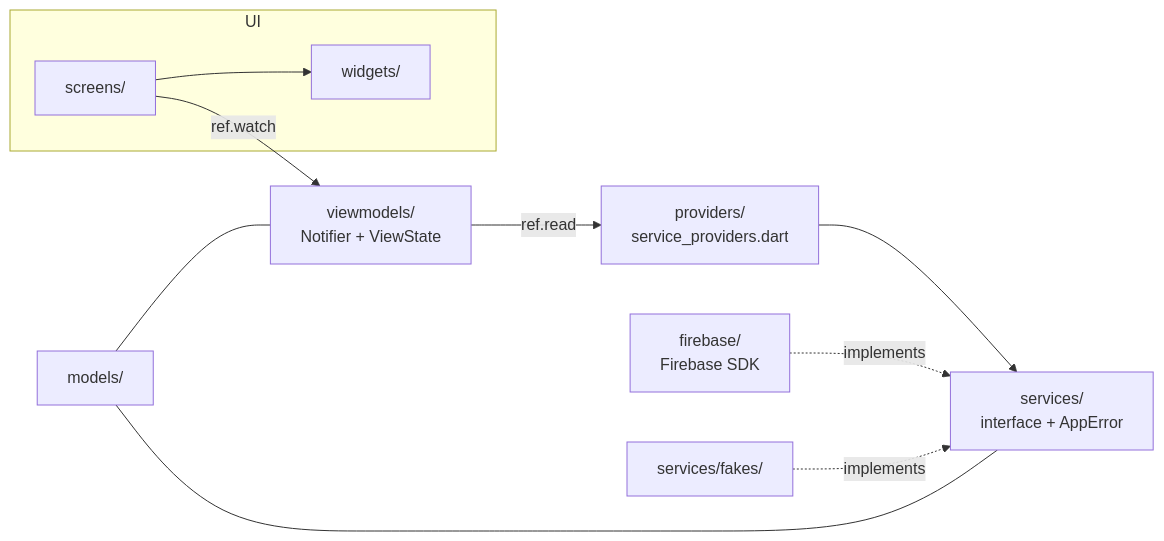
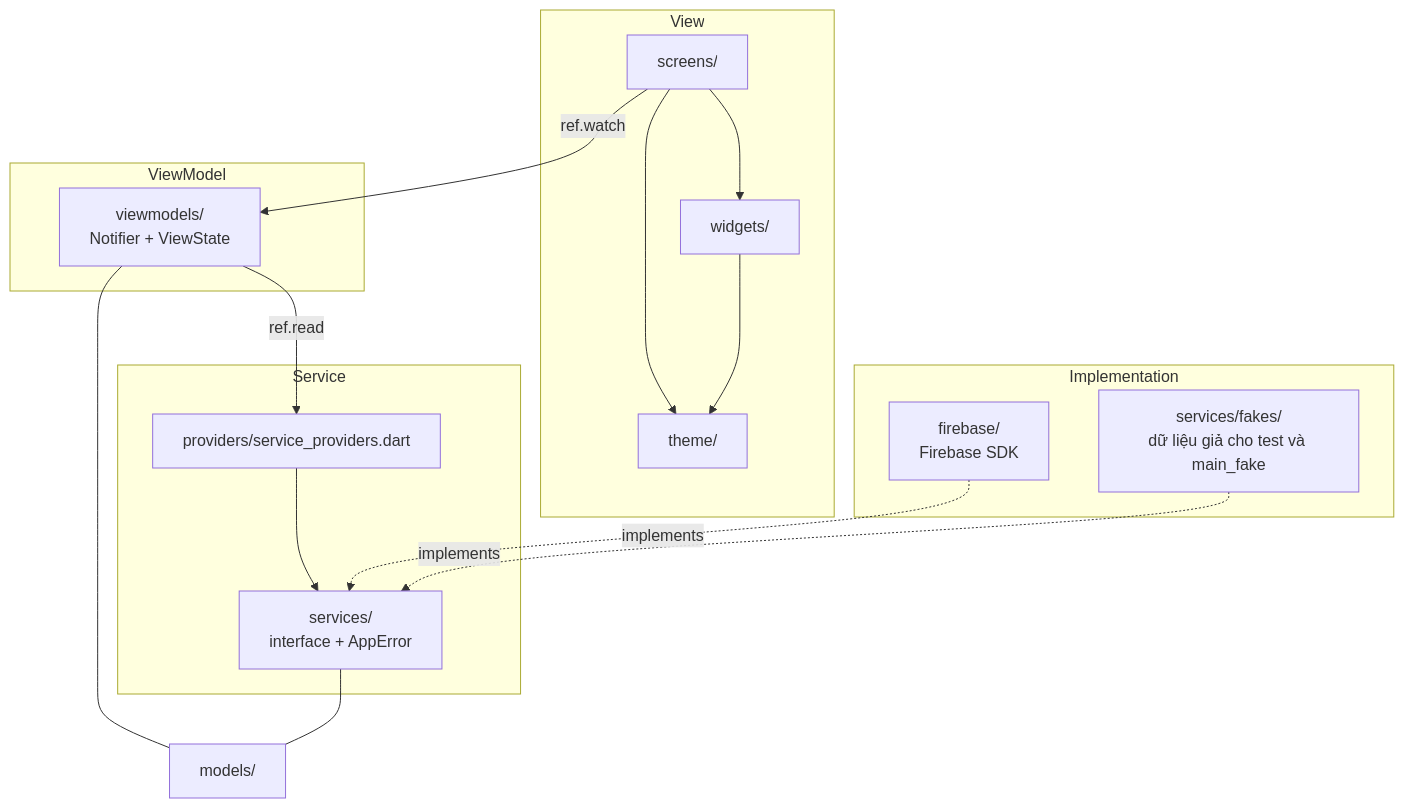
One commit to no-solace/prm-teamup-mobile changed the first of 2 diagrams in docs/architecture.md. Above: the diagram before and after it, drawn with Mermaid. The commit also changed other lines of this file and 7 other files, not shown here.

First line of the commit message:
docs: design traceability, analytics plan, architecture, test plan, code review

````diff
--- a/docs/architecture.md
+++ b/docs/architecture.md
@@ -9,13 +9,28 @@
 ```mermaid
-flowchart LR
-  subgraph UI
+flowchart TD
+  subgraph View
     S[screens/] --> W[widgets/]
+    S --> T[theme/]
+    W --> T
   end
-  S -->|ref.watch| VM[viewmodels/<br/>Notifier + ViewState]
-  VM -->|ref.read| P[providers/<br/>service_providers.dart]
-  P --> I[services/<br/>interface + AppError]
-  F[firebase/<br/>Firebase SDK] -. implements .-> I
-  K[services/fakes/] -. implements .-> I
-  M[models/] --- VM
-  M --- I
+  subgraph ViewModel
+    VM[viewmodels/<br/>Notifier + ViewState]
+  end
+  subgraph Service
+    P[providers/service_providers.dart]
+    I[services/<br/>interface + AppError]
+  end
+  subgraph Implementation
+    F[firebase/<br/>Firebase SDK]
+    K[services/fakes/<br/>dữ liệu giả cho test và main_fake]
+  end
+  M[models/]
+
+  S -->|ref.watch| VM
+  VM -->|ref.read| P
+  P --> I
+  F -. implements .-> I
+  K -. implements .-> I
+  VM --- M
+  I --- M
 ```
````
